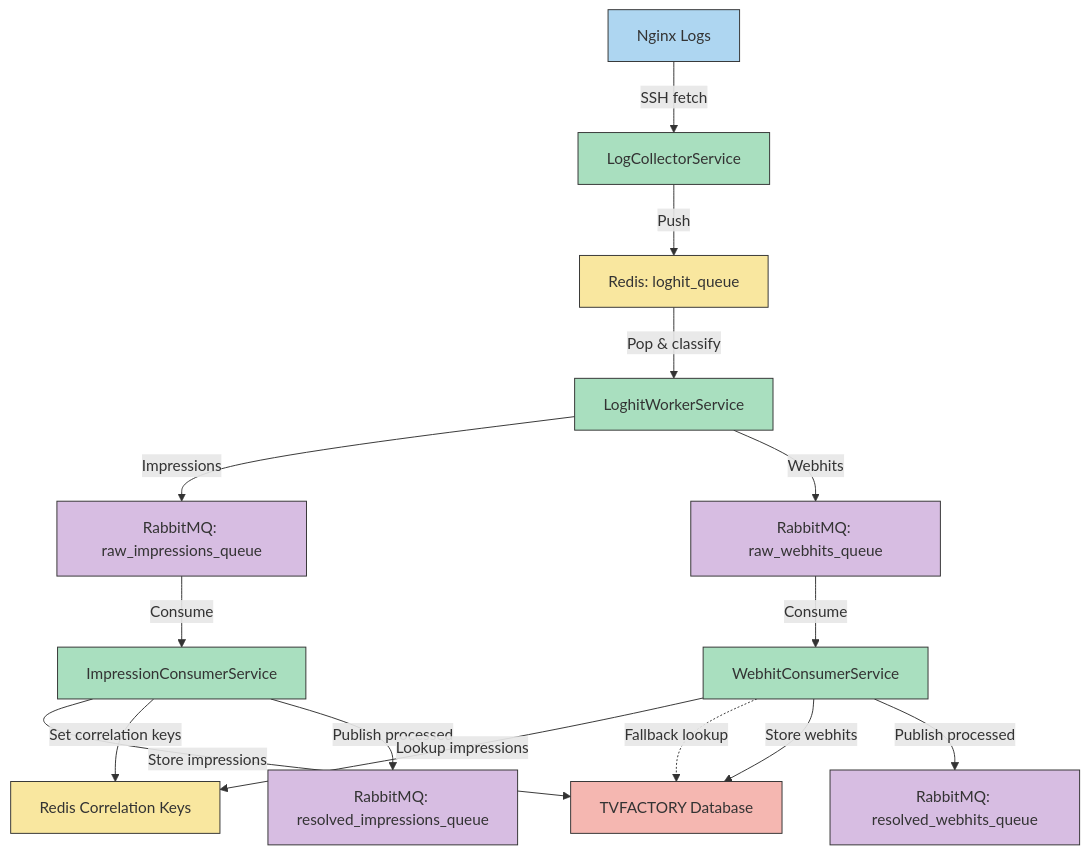
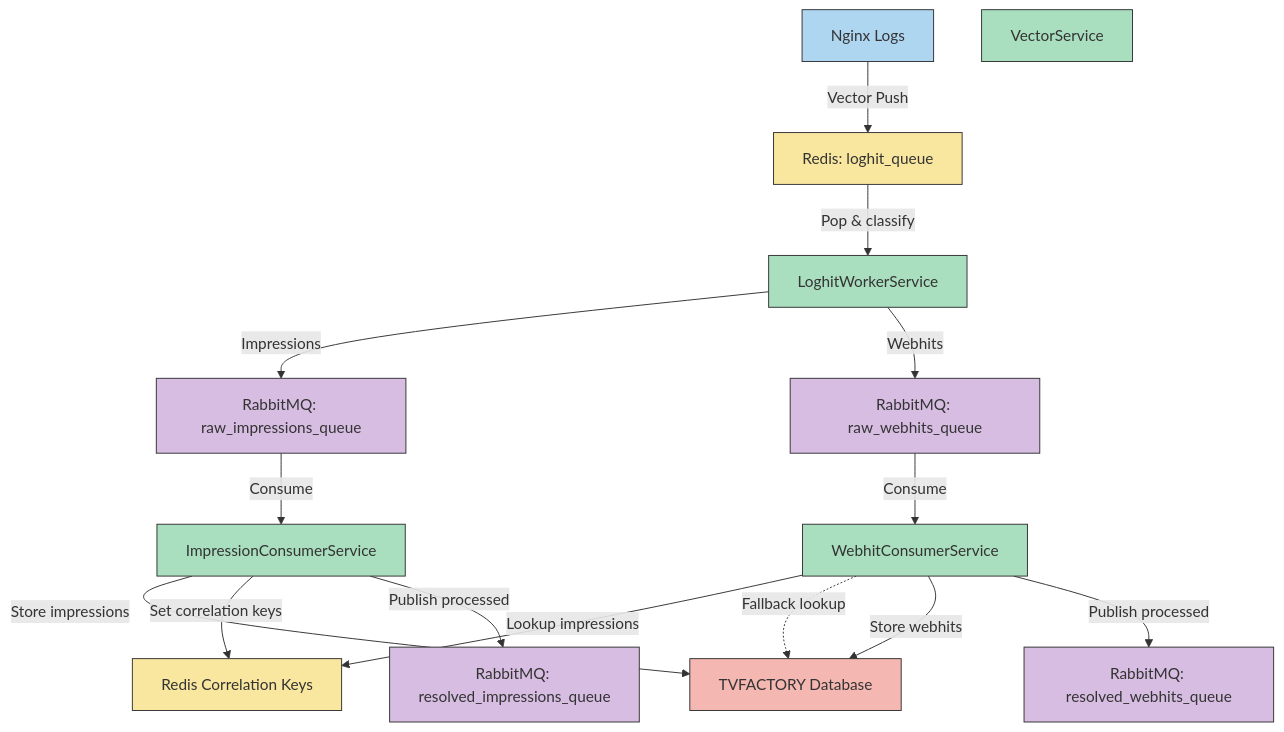
The diagram in README.MD (laurielounge/tvfactory-collector), drawn with Mermaid before and after one commit. The commit also changed other lines of this file and 5 other files, not shown here.

Commit message:
Working, records hitting rabbitmq from edge server's Vector service

````diff
--- a/README.MD
+++ b/README.MD
@@ -68,36 +60,35 @@
 ```mermaid
 flowchart TD
     classDef edge fill:#aed6f1,stroke:#333,stroke-width:1px
     classDef redis fill:#f9e79f,stroke:#333,stroke-width:1px
     classDef rabbit fill:#d7bde2,stroke:#333,stroke-width:1px
     classDef process fill:#a9dfbf,stroke:#333,stroke-width:1px
     classDef database fill:#f5b7b1,stroke:#333,stroke-width:1px
 
     Logs["Nginx Logs"]:::edge
-    LogCollector["LogCollectorService"]:::process
+    Vector["VectorService"]:::process
     LogQueue["Redis: loghit_queue"]:::redis
     LoghitWorker["LoghitWorkerService"]:::process
     RawImpQueue["RabbitMQ: raw_impressions_queue"]:::rabbit
     RawWebQueue["RabbitMQ: raw_webhits_queue"]:::rabbit
     ImpConsumer["ImpressionConsumerService"]:::process
     WebConsumer["WebhitConsumerService"]:::process
     Redis["Redis Correlation Keys"]:::redis
     DB["TVFACTORY Database"]:::database
     ResolvedImpQueue["RabbitMQ: resolved_impressions_queue"]:::rabbit
     ResolvedWebQueue["RabbitMQ: resolved_webhits_queue"]:::rabbit
 
-    Logs -->|SSH fetch| LogCollector
-    LogCollector -->|Push| LogQueue
+    Logs -->|Vector Push| LogQueue
     LogQueue -->|Pop & classify| LoghitWorker
     LoghitWorker -->|Impressions| RawImpQueue
     LoghitWorker -->|Webhits| RawWebQueue
     RawImpQueue -->|Consume| ImpConsumer
     RawWebQueue -->|Consume| WebConsumer
     ImpConsumer -->|Store impressions| DB
     ImpConsumer -->|Set correlation keys| Redis
     ImpConsumer -->|Publish processed| ResolvedImpQueue
     WebConsumer -->|Lookup impressions| Redis
     WebConsumer -.->|Fallback lookup| DB
     WebConsumer -->|Store webhits| DB
     WebConsumer -->|Publish processed| ResolvedWebQueue
 ```
````
